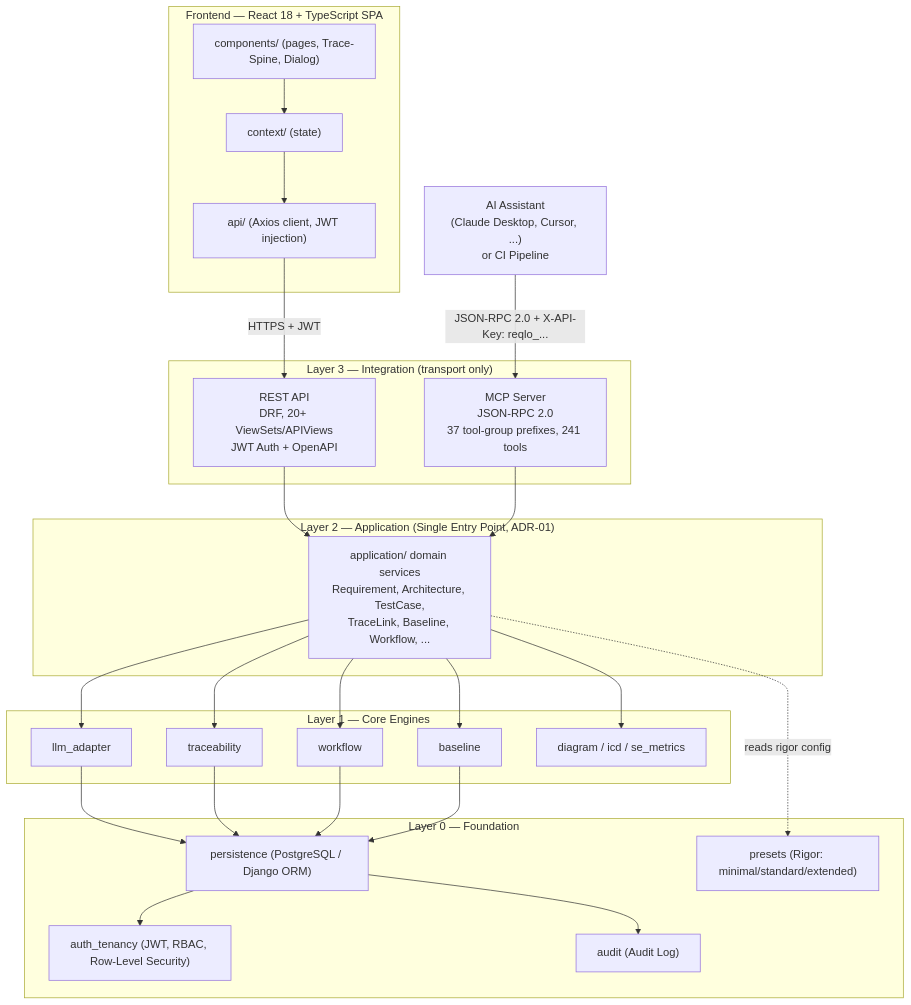
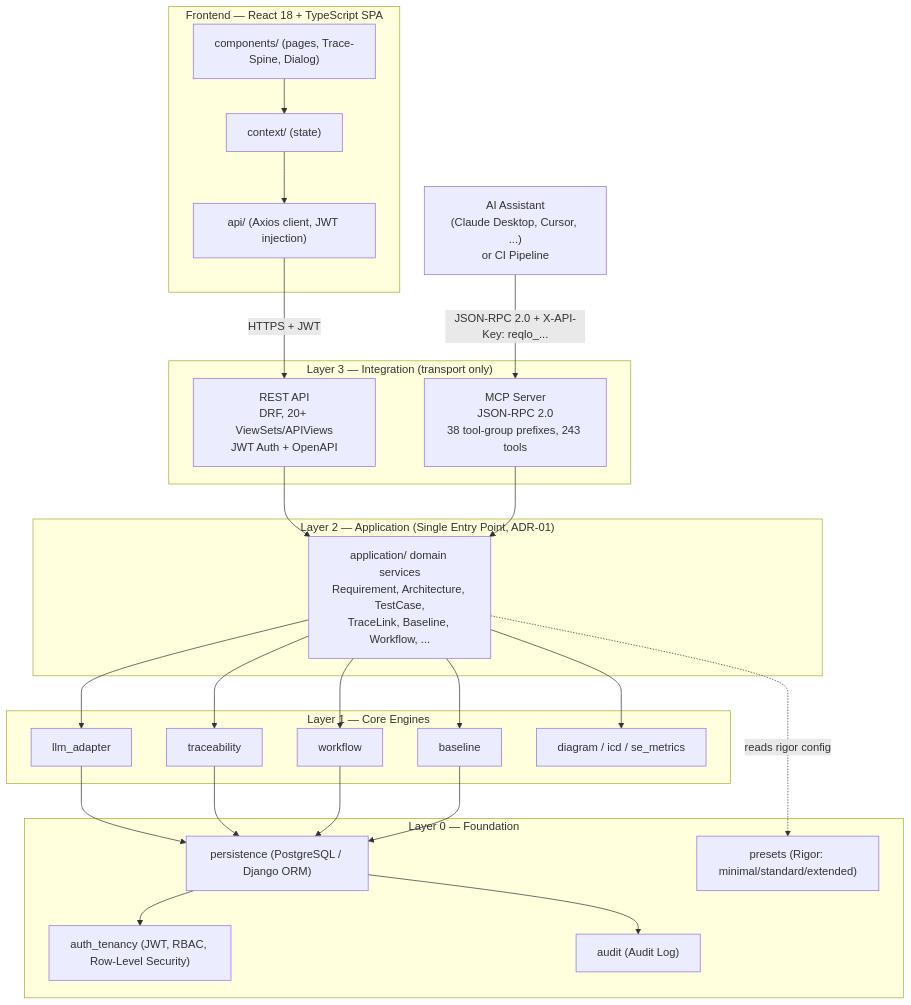
One commit to Popoboxxo/ReqogniLoom changed the first of 3 diagrams in README.md. Above: the diagram before and after it, drawn with Mermaid. The commit also changed other lines of this file and 5 other files, not shown here.

````diff
--- a/README.md
+++ b/README.md
@@ -101,53 +101,53 @@
 ```mermaid
 graph TD
     subgraph FE["Frontend — React 18 + TypeScript SPA"]
         UI["components/ (pages, Trace-Spine, Dialog)"]
         CTX["context/ (state)"]
         APICLIENT["api/ (Axios client, JWT injection)"]
         UI --> CTX --> APICLIENT
     end
 
     EXT["AI Assistant<br/>(Claude Desktop, Cursor, ...)<br/>or CI Pipeline"]
 
     subgraph L3["Layer 3 — Integration (transport only)"]
         REST["REST API<br/>DRF, 20+ ViewSets/APIViews<br/>JWT Auth + OpenAPI"]
-        MCP["MCP Server<br/>JSON-RPC 2.0<br/>37 tool-group prefixes, 241 tools"]
+        MCP["MCP Server<br/>JSON-RPC 2.0<br/>38 tool-group prefixes, 243 tools"]
     end
 
     subgraph L2["Layer 2 — Application (Single Entry Point, ADR-01)"]
         APP["application/ domain services<br/>Requirement, Architecture, TestCase,<br/>TraceLink, Baseline, Workflow, ..."]
     end
 
     subgraph L1["Layer 1 — Core Engines"]
         LLM["llm_adapter"]
         TRACE["traceability"]
         WF["workflow"]
         BASE["baseline"]
         DIAG["diagram / icd / se_metrics"]
     end
 
     subgraph L0["Layer 0 — Foundation"]
         PERSIST["persistence (PostgreSQL / Django ORM)"]
         AUTH["auth_tenancy (JWT, RBAC, Row-Level Security)"]
         PRESET["presets (Rigor: minimal/standard/extended)"]
         AUDIT["audit (Audit Log)"]
     end
 
     APICLIENT -->|"HTTPS + JWT"| REST
     EXT -->|"JSON-RPC 2.0 + X-API-Key: reqlo_..."| MCP
 
     REST --> APP
     MCP --> APP
     APP --> LLM
     APP --> TRACE
     APP --> WF
     APP --> BASE
     APP --> DIAG
     APP -.->|"reads rigor config"| PRESET
     LLM --> PERSIST
     TRACE --> PERSIST
     WF --> PERSIST
     BASE --> PERSIST
     PERSIST --> AUTH
     PERSIST --> AUDIT
 ```
````
